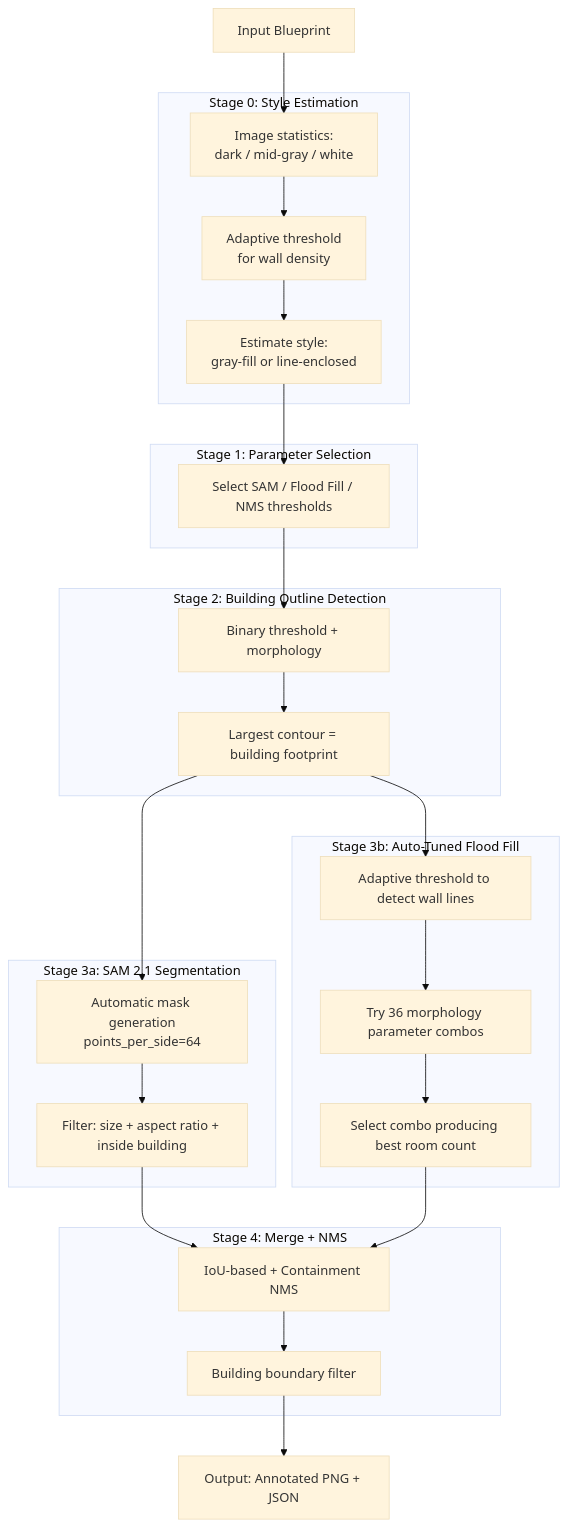
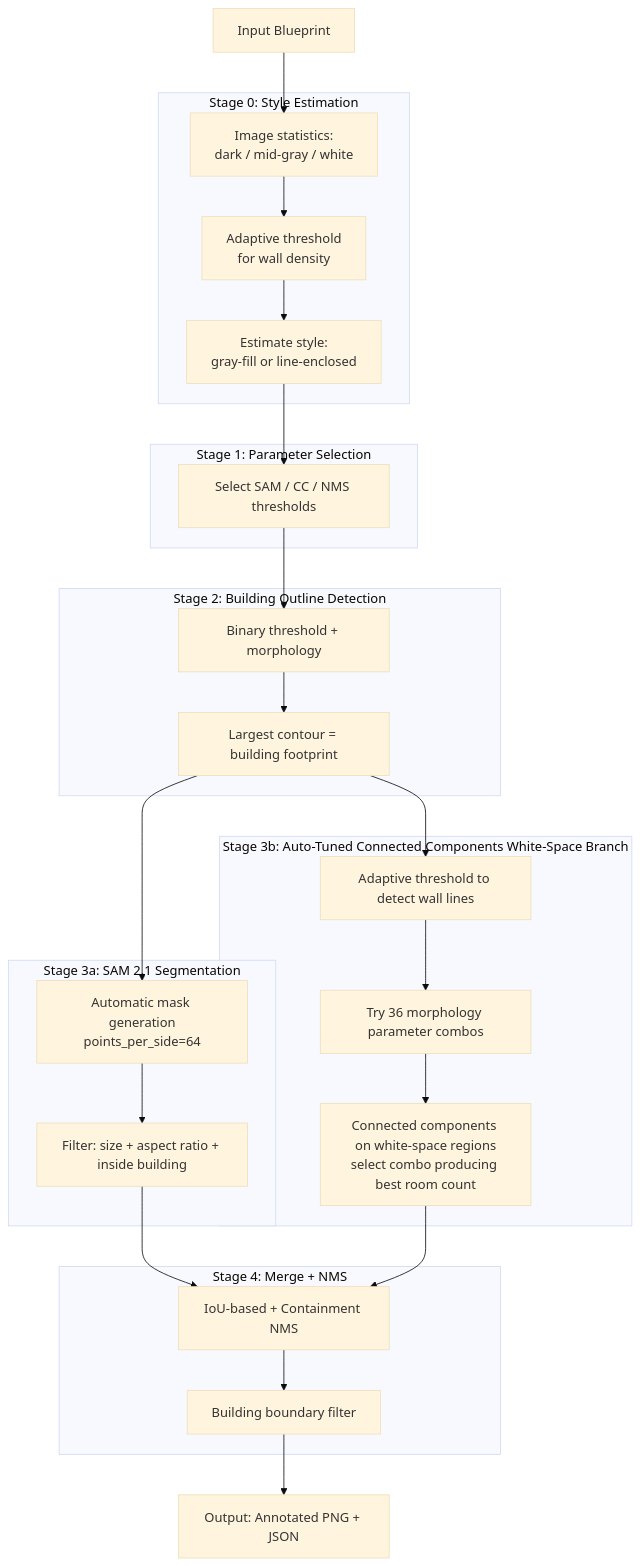
One commit to david-xinyuwei/david-share changed the diagram in Multimodal-Models/Blueprint-Region-Detector/README.md. Above: the diagram before and after it, drawn with Mermaid (base theme). The commit also changed other lines of this file and 2 other files, not shown here.

````diff
--- a/Multimodal-Models/Blueprint-Region-Detector/README.md
+++ b/Multimodal-Models/Blueprint-Region-Detector/README.md
@@ -96,50 +96,50 @@
 ```mermaid
 flowchart TB
     A[Input Blueprint]
     F[Output: Annotated PNG + JSON]
 
     subgraph STYLE["Stage 0: Style Estimation"]
         S0A[Image statistics:<br/>dark / mid-gray / white]
         S0B[Adaptive threshold<br/>for wall density]
         S0C[Estimate style:<br/>gray-fill or line-enclosed]
         S0A --> S0B --> S0C
     end
 
     subgraph PARAM["Stage 1: Parameter Selection"]
-        S1A[Select SAM / Flood Fill / NMS thresholds]
+        S1A[Select SAM / CC / NMS thresholds]
     end
 
     subgraph OUTLINE["Stage 2: Building Outline Detection"]
         B1[Binary threshold + morphology]
         B2[Largest contour = building footprint]
         B1 --> B2
     end
 
     subgraph SAM["Stage 3a: SAM 2.1 Segmentation"]
         C1[Automatic mask generation<br/>points_per_side=64]
         C2[Filter: size + aspect ratio + inside building]
         C1 --> C2
     end
 
-    subgraph FLOOD["Stage 3b: Auto-Tuned Flood Fill"]
+    subgraph FLOOD["Stage 3b: Auto-Tuned Connected Components White-Space Branch"]
         D1[Adaptive threshold to detect wall lines]
         D2[Try 36 morphology parameter combos]
-        D3[Select combo producing best room count]
+        D3[Connected components on white-space regions\nselect combo producing best room count]
         D1 --> D2 --> D3
     end
 
     subgraph POST["Stage 4: Merge + NMS"]
         E1[IoU-based + Containment NMS]
         E2[Building boundary filter]
         E1 --> E2
     end
 
     A --> S0A
     S0C --> S1A
     S1A --> B1
     B2 --> C1
     B2 --> D1
     C2 --> E1
     D3 --> E1
     E2 --> F
 ```
````
